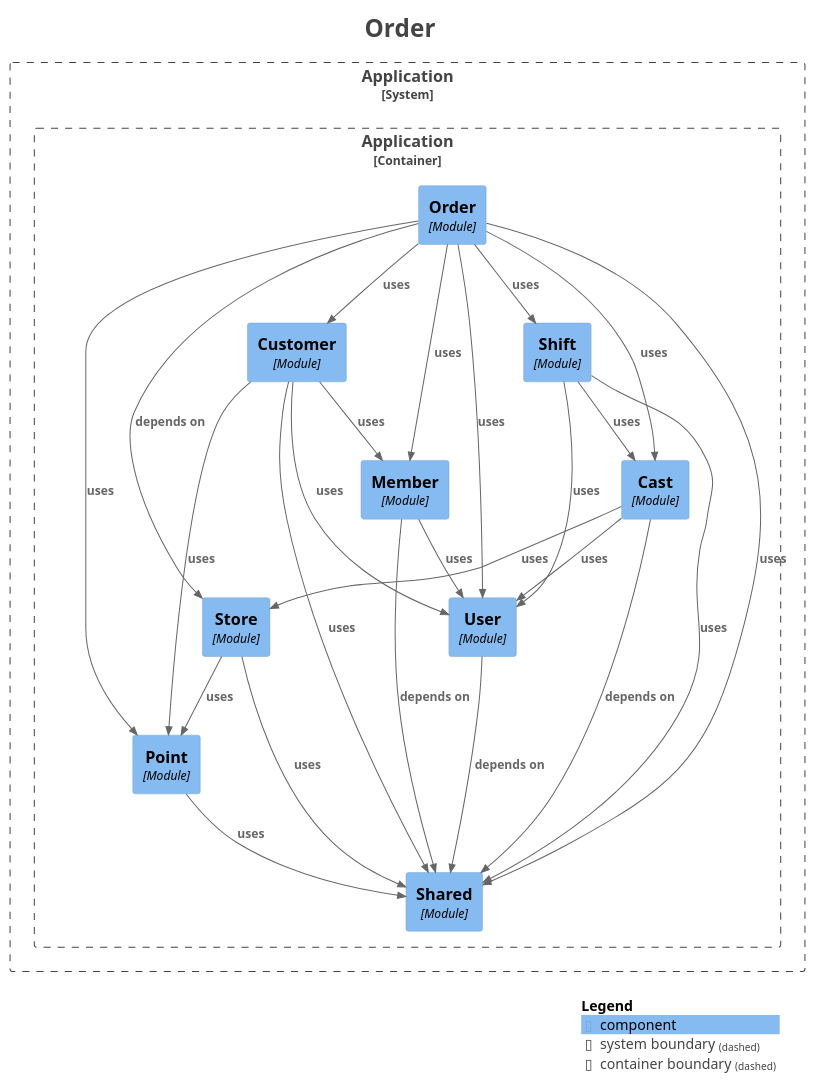
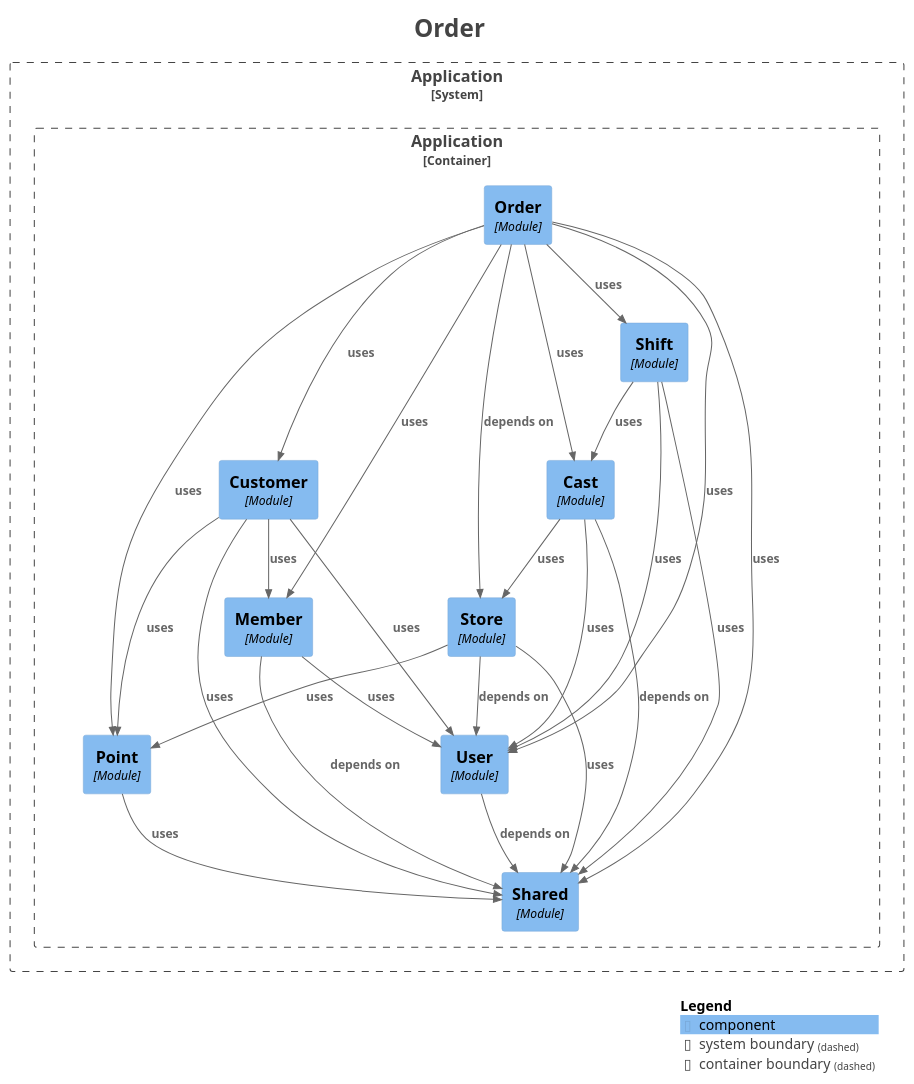
One commit to kanghouchao/Kizuna changed the diagram in backend/docs/modulith/module-order.puml. Above: the diagram before and after it, drawn with PlantUML. The commit also changed 24 other files, not shown here.

```diff
--- a/backend/docs/modulith/module-order.puml
+++ b/backend/docs/modulith/module-order.puml
@@ -1,60 +1,61 @@
 @startuml
 title <size:24>Order</size>
 
 set separator none
 top to bottom direction
 
 <style>
   root {
     BackgroundColor: #ffffff
     FontColor: #444444
   }
 </style>
 
 !include <C4/C4>
 !include <C4/C4_Context>
 !include <C4/C4_Component>
 
 System_Boundary("Application_boundary", "Application", $tags="") {
   Container_Boundary("Application.Application_boundary", "Application", $tags="") {
     Component(Application.Application.Point, "Point", $techn="Module", $descr="", $tags="", $link="")
     Component(Application.Application.Customer, "Customer", $techn="Module", $descr="", $tags="", $link="")
     Component(Application.Application.Store, "Store", $techn="Module", $descr="", $tags="", $link="")
     Component(Application.Application.Cast, "Cast", $techn="Module", $descr="", $tags="", $link="")
     Component(Application.Application.Shift, "Shift", $techn="Module", $descr="", $tags="", $link="")
     Component(Application.Application.Order, "Order", $techn="Module", $descr="", $tags="", $link="")
     Component(Application.Application.Shared, "Shared", $techn="Module", $descr="", $tags="", $link="")
     Component(Application.Application.User, "User", $techn="Module", $descr="", $tags="", $link="")
     Component(Application.Application.Member, "Member", $techn="Module", $descr="", $tags="", $link="")
   }
 
 }
 
-Rel(Application.Application.User, Application.Application.Shared, "depends on", $techn="", $tags="", $link="")
+Rel(Application.Application.Point, Application.Application.Shared, "uses", $techn="", $tags="", $link="")
+Rel(Application.Application.Customer, Application.Application.Member, "uses", $techn="", $tags="", $link="")
+Rel(Application.Application.Customer, Application.Application.User, "uses", $techn="", $tags="", $link="")
+Rel(Application.Application.Customer, Application.Application.Point, "uses", $techn="", $tags="", $link="")
+Rel(Application.Application.Customer, Application.Application.Shared, "uses", $techn="", $tags="", $link="")
+Rel(Application.Application.Store, Application.Application.User, "depends on", $techn="", $tags="", $link="")
 Rel(Application.Application.Store, Application.Application.Point, "uses", $techn="", $tags="", $link="")
 Rel(Application.Application.Store, Application.Application.Shared, "uses", $techn="", $tags="", $link="")
+Rel(Application.Application.Shift, Application.Application.User, "uses", $techn="", $tags="", $link="")
+Rel(Application.Application.Shift, Application.Application.Cast, "uses", $techn="", $tags="", $link="")
+Rel(Application.Application.Shift, Application.Application.Shared, "uses", $techn="", $tags="", $link="")
+Rel(Application.Application.User, Application.Application.Shared, "depends on", $techn="", $tags="", $link="")
 Rel(Application.Application.Member, Application.Application.Shared, "depends on", $techn="", $tags="", $link="")
 Rel(Application.Application.Member, Application.Application.User, "uses", $techn="", $tags="", $link="")
-Rel(Application.Application.Point, Application.Application.Shared, "uses", $techn="", $tags="", $link="")
 Rel(Application.Application.Order, Application.Application.Store, "depends on", $techn="", $tags="", $link="")
 Rel(Application.Application.Order, Application.Application.Customer, "uses", $techn="", $tags="", $link="")
 Rel(Application.Application.Order, Application.Application.User, "uses", $techn="", $tags="", $link="")
 Rel(Application.Application.Order, Application.Application.Member, "uses", $techn="", $tags="", $link="")
 Rel(Application.Application.Order, Application.Application.Shift, "uses", $techn="", $tags="", $link="")
 Rel(Application.Application.Order, Application.Application.Shared, "uses", $techn="", $tags="", $link="")
 Rel(Application.Application.Order, Application.Application.Cast, "uses", $techn="", $tags="", $link="")
 Rel(Application.Application.Order, Application.Application.Point, "uses", $techn="", $tags="", $link="")
-Rel(Application.Application.Shift, Application.Application.User, "uses", $techn="", $tags="", $link="")
-Rel(Application.Application.Shift, Application.Application.Cast, "uses", $techn="", $tags="", $link="")
-Rel(Application.Application.Shift, Application.Application.Shared, "uses", $techn="", $tags="", $link="")
-Rel(Application.Application.Customer, Application.Application.Member, "uses", $techn="", $tags="", $link="")
-Rel(Application.Application.Customer, Application.Application.User, "uses", $techn="", $tags="", $link="")
-Rel(Application.Application.Customer, Application.Application.Point, "uses", $techn="", $tags="", $link="")
-Rel(Application.Application.Customer, Application.Application.Shared, "uses", $techn="", $tags="", $link="")
 Rel(Application.Application.Cast, Application.Application.Shared, "depends on", $techn="", $tags="", $link="")
 Rel(Application.Application.Cast, Application.Application.User, "uses", $techn="", $tags="", $link="")
 Rel(Application.Application.Cast, Application.Application.Store, "uses", $techn="", $tags="", $link="")
 
 SHOW_LEGEND(true)
 hide stereotypes
 @enduml
```
